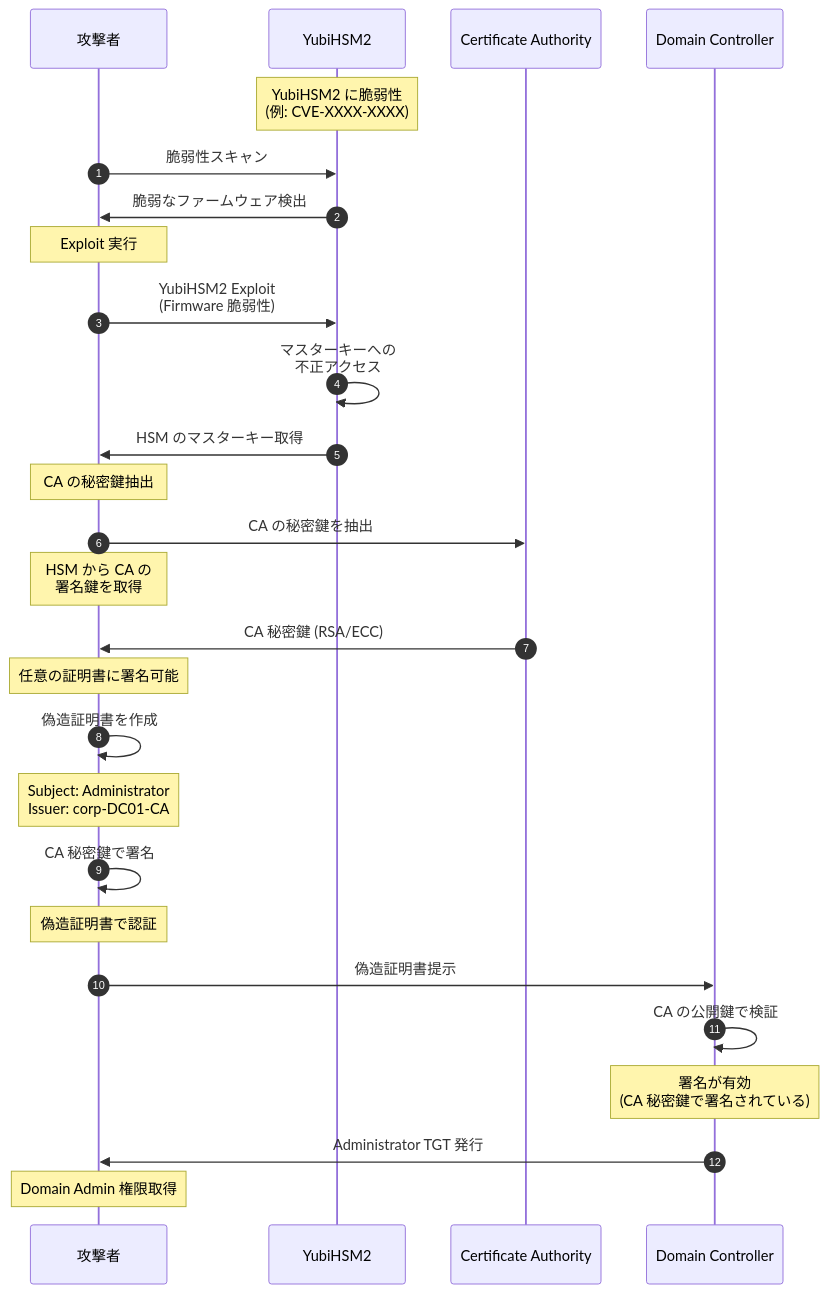
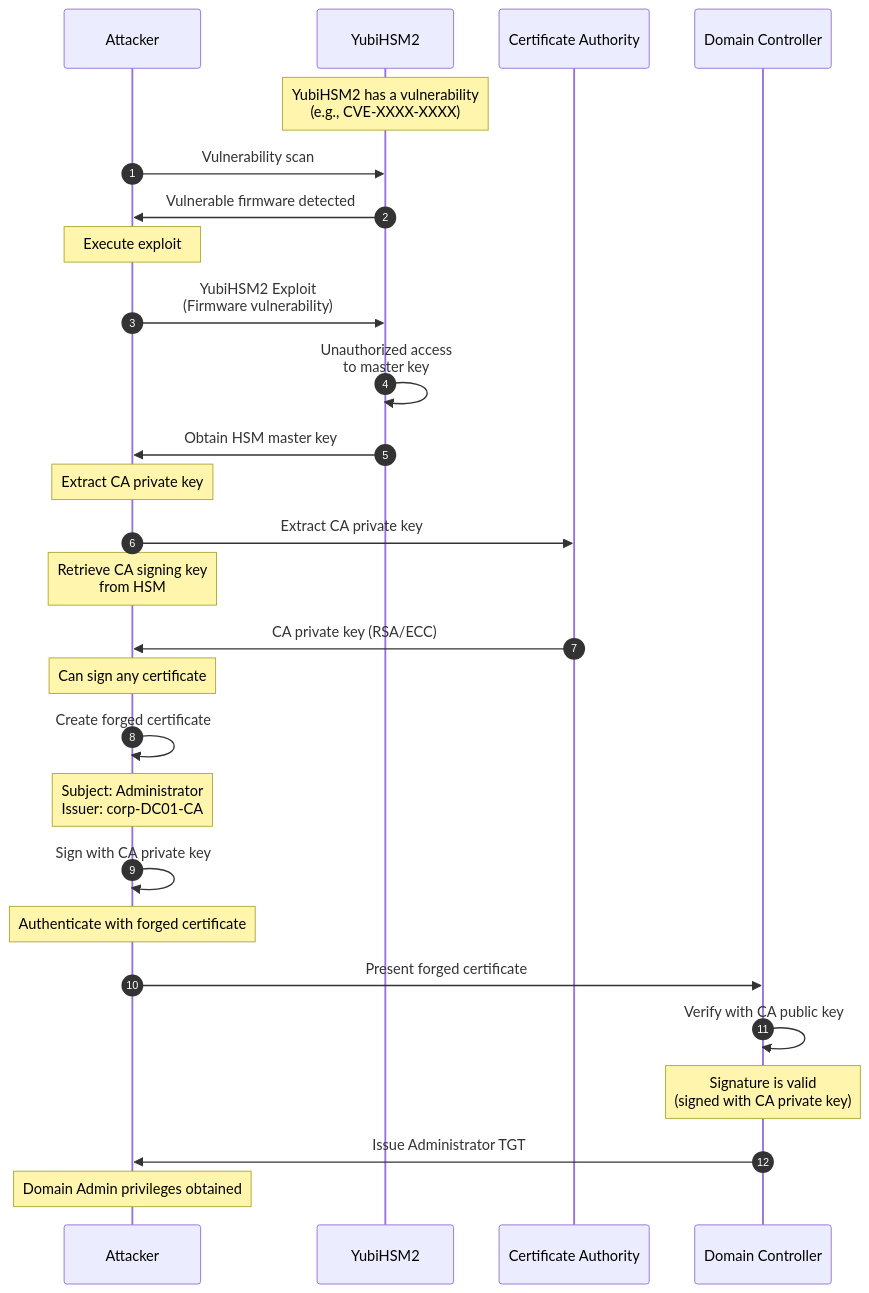
One commit to morimori-dev/morimori-dev.github.io changed diagram 12 of 17 in _posts/2026-03-03-tech-adcs-esc-attack-guide.md. Above: the diagram before and after it, drawn with Mermaid. The commit also changed other lines of this file and 1 other file, not shown here.

````diff
--- a/_posts/2026-03-03-tech-adcs-esc-attack-guide.md
+++ b/_posts/2026-03-03-tech-adcs-esc-attack-guide.md
@@ -1150,45 +1151,45 @@
 ```mermaid
 sequenceDiagram
     autonumber
-    participant A as 攻撃者
+    participant A as Attacker
     participant HSM as YubiHSM2
     participant CA as Certificate Authority
     participant DC as Domain Controller
-    
-    Note over HSM: YubiHSM2 に脆弱性<br/>(例: CVE-XXXX-XXXX)
-    
-    A->>HSM: 脆弱性スキャン
-    HSM->>A: 脆弱なファームウェア検出
-    
-    Note over A: Exploit 実行
-    
-    A->>HSM: YubiHSM2 Exploit<br/>(Firmware 脆弱性)
-    
-    HSM->>HSM: マスターキーへの<br/>不正アクセス
-    
-    HSM->>A: HSM のマスターキー取得
-    
-    Note over A: CA の秘密鍵抽出
-    
-    A->>CA: CA の秘密鍵を抽出
-    Note over A: HSM から CA の<br/>署名鍵を取得
-    
-    CA->>A: CA 秘密鍵 (RSA/ECC)
-    
-    Note over A: 任意の証明書に署名可能
-    
-    A->>A: 偽造証明書を作成
+
+    Note over HSM: YubiHSM2 has a vulnerability<br/>(e.g., CVE-XXXX-XXXX)
+
+    A->>HSM: Vulnerability scan
+    HSM->>A: Vulnerable firmware detected
+
+    Note over A: Execute exploit
+
+    A->>HSM: YubiHSM2 Exploit<br/>(Firmware vulnerability)
+
+    HSM->>HSM: Unauthorized access<br/>to master key
+
+    HSM->>A: Obtain HSM master key
+
+    Note over A: Extract CA private key
+
+    A->>CA: Extract CA private key
+    Note over A: Retrieve CA signing key<br/>from HSM
+
+    CA->>A: CA private key (RSA/ECC)
+
+    Note over A: Can sign any certificate
+
+    A->>A: Create forged certificate
     Note over A: Subject: Administrator<br/>Issuer: corp-DC01-CA
-    
-    A->>A: CA 秘密鍵で署名
-    
-    Note over A: 偽造証明書で認証
-    
-    A->>DC: 偽造証明書提示
-    DC->>DC: CA の公開鍵で検証
-    Note over DC: 署名が有効<br/>(CA 秘密鍵で署名されている)
-    
-    DC->>A: Administrator TGT 発行
-    
-    Note over A: Domain Admin 権限取得
+
+    A->>A: Sign with CA private key
+
+    Note over A: Authenticate with forged certificate
+
+    A->>DC: Present forged certificate
+    DC->>DC: Verify with CA public key
+    Note over DC: Signature is valid<br/>(signed with CA private key)
+
+    DC->>A: Issue Administrator TGT
+
+    Note over A: Domain Admin privileges obtained
 ```
````
